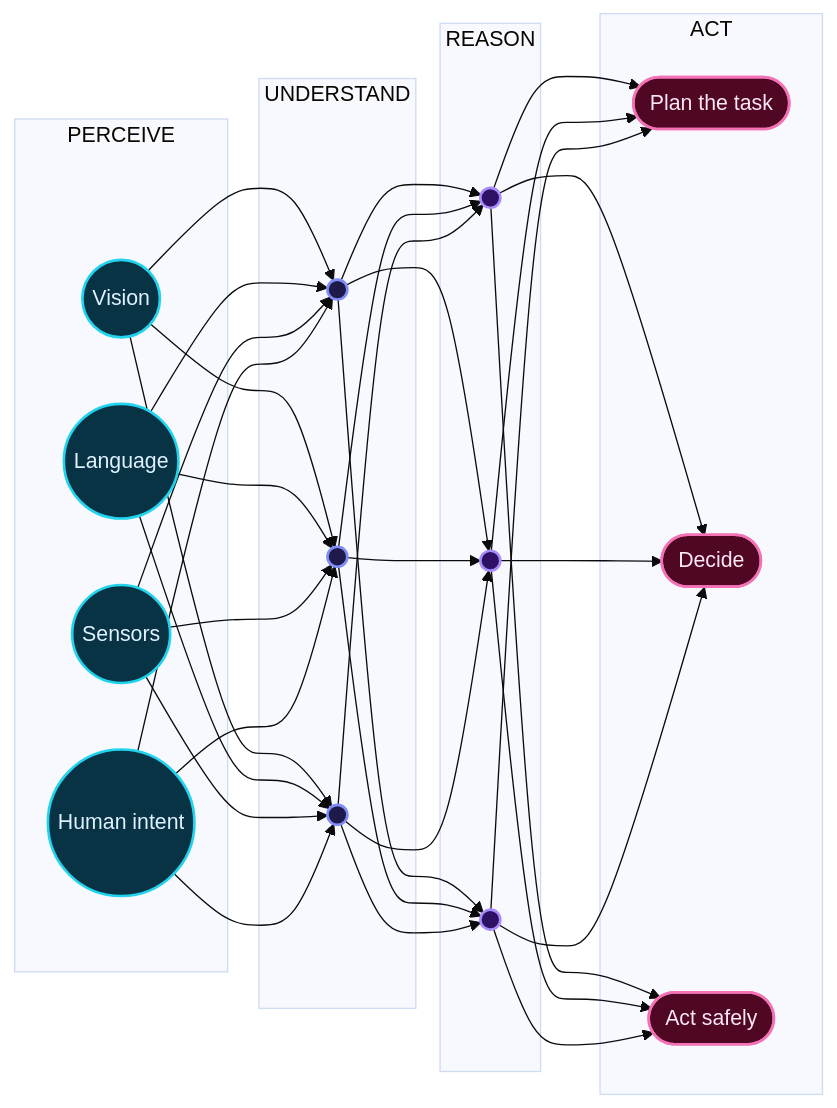
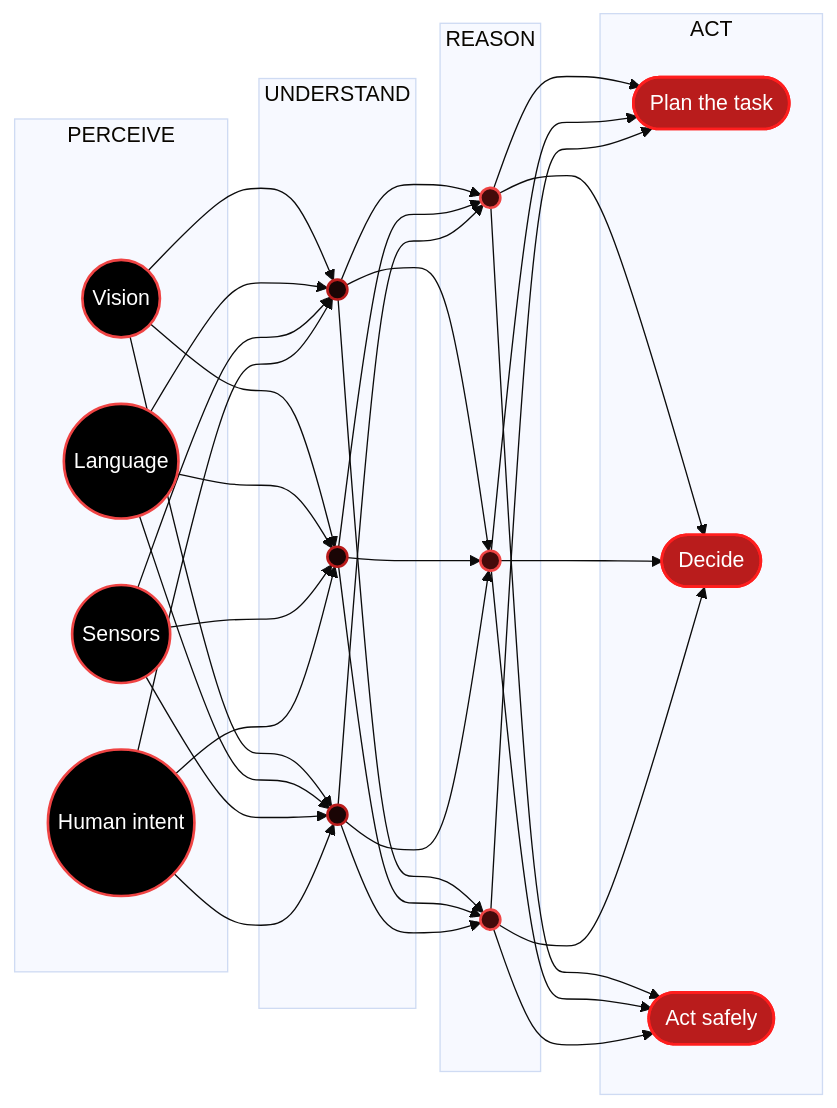
The first of 2 diagrams in README.md (Fnomer12/Fnomer12), drawn with Mermaid (base theme) before and after one commit. The commit also changed other lines of this file, not shown here.

````diff
--- a/README.md
+++ b/README.md
@@ -63,35 +71,35 @@
 ```mermaid
 flowchart LR
     subgraph P[" PERCEIVE "]
         V((Vision))
         L((Language))
         S((Sensors))
         H((Human intent))
     end
     subgraph U[" UNDERSTAND "]
         U1(( ))
         U2(( ))
         U3(( ))
     end
     subgraph R[" REASON "]
         R1(( ))
         R2(( ))
         R3(( ))
     end
     subgraph A[" ACT "]
         A1([Plan the task])
         A2([Decide])
         A3([Act safely])
     end
     V & L & S & H --> U1 & U2 & U3
     U1 & U2 & U3 --> R1 & R2 & R3
     R1 & R2 & R3 --> A1 & A2 & A3
-    classDef inp fill:#083344,stroke:#22d3ee,color:#e0f2fe,stroke-width:2px
-    classDef hid fill:#1e1b4b,stroke:#818cf8,stroke-width:2px
-    classDef rsn fill:#2e1065,stroke:#a78bfa,stroke-width:2px
-    classDef out fill:#500724,stroke:#f472b6,color:#fce7f3,stroke-width:2px
+    classDef inp fill:#000000,stroke:#ef4444,color:#ffffff,stroke-width:2px
+    classDef hid fill:#1a0505,stroke:#b91c1c,stroke-width:2px
+    classDef rsn fill:#450a0a,stroke:#ef4444,stroke-width:2px
+    classDef out fill:#b91c1c,stroke:#ff1e1e,color:#ffffff,stroke-width:2px
     class V,L,S,H inp
     class U1,U2,U3 hid
     class R1,R2,R3 rsn
     class A1,A2,A3 out
 ```
````
